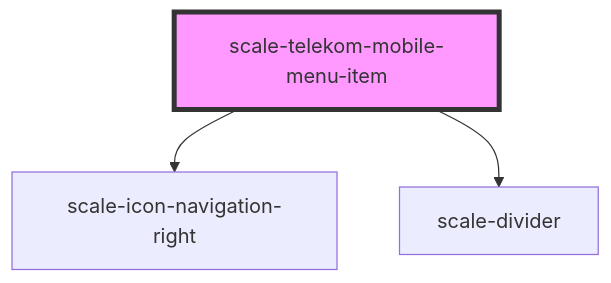
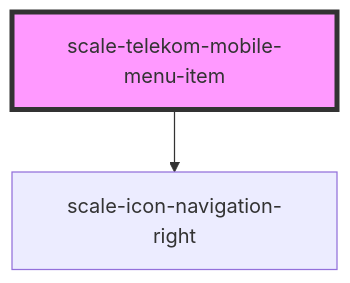
Before and after one commit to telekom/scale: the diagram in packages/components/src/components/telekom/telekom-mobile-menu-item/readme.md, drawn with Mermaid. The commit also changed other lines of this file and 3 other files, not shown here.

````diff
--- a/packages/components/src/components/telekom/telekom-mobile-menu-item/readme.md
+++ b/packages/components/src/components/telekom/telekom-mobile-menu-item/readme.md
@@ -42,6 +41,5 @@
 ```mermaid
 graph TD;
   scale-telekom-mobile-menu-item --> scale-icon-navigation-right
-  scale-telekom-mobile-menu-item --> scale-divider
   style scale-telekom-mobile-menu-item fill:#f9f,stroke:#333,stroke-width:4px
 ```
````
